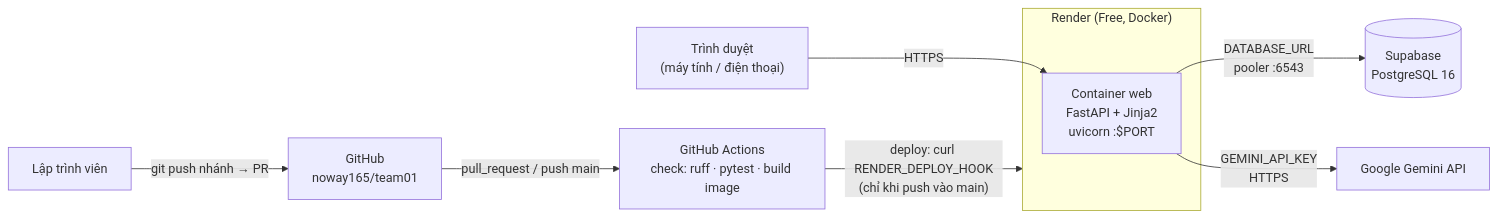
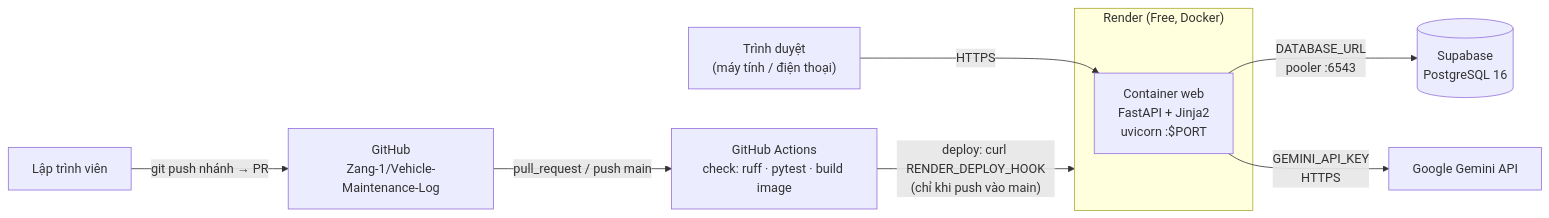
Before and after one commit to Zang-1/Vehicle-Maintenance-Log: the diagram in docs/08-implementation-plan/implementation-plan.md, drawn with Mermaid. The commit also changed other lines of this file and 6 other files, not shown here.

````diff
--- a/docs/08-implementation-plan/implementation-plan.md
+++ b/docs/08-implementation-plan/implementation-plan.md
@@ -45,12 +27,12 @@
 ```mermaid
 flowchart LR
     U["Trình duyệt<br/>(máy tính / điện thoại)"] -- HTTPS --> R
     subgraph Render["Render (Free, Docker)"]
         R["Container web<br/>FastAPI + Jinja2<br/>uvicorn :$PORT"]
     end
     R -- "DATABASE_URL<br/>pooler :6543" --> S[("Supabase<br/>PostgreSQL 16")]
     R -- "GEMINI_API_KEY<br/>HTTPS" --> G["Google Gemini API"]
-    Dev["Lập trình viên"] -- "git push nhánh → PR" --> GH["GitHub<br/>noway165/team01"]
+    Dev["Lập trình viên"] -- "git push nhánh → PR" --> GH["GitHub<br/>Zang-1/Vehicle-Maintenance-Log"]
     GH -- "pull_request / push main" --> GA["GitHub Actions<br/>check: ruff · pytest · build image"]
     GA -- "deploy: curl RENDER_DEPLOY_HOOK<br/>(chỉ khi push vào main)" --> Render
 ```
````
